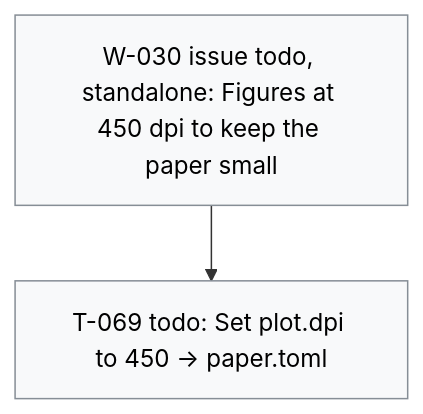
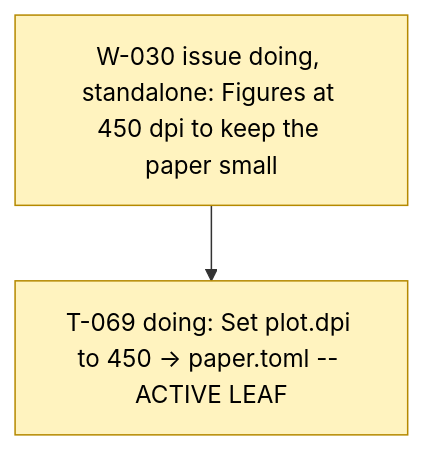
Before and after one commit to dpopchev/surrogate-models: the diagram in .board/BOARD.md, drawn with Mermaid. The commit also changed other lines of this file and 3 other files, not shown here.

First line of the commit message:
build: write the figures at 450 dpi to keep the paper small

````diff
--- a/.board/BOARD.md
+++ b/.board/BOARD.md
@@ -197,11 +197,11 @@
 ```mermaid
 flowchart TD
-  W030["W-030 issue todo, standalone: Figures at 450 dpi to keep the paper small"]
-  W030 --> T069["T-069 todo: Set plot.dpi to 450 -> paper.toml"]
+  W030["W-030 issue doing, standalone: Figures at 450 dpi to keep the paper small"]
+  W030 --> T069["T-069 doing: Set plot.dpi to 450 -> paper.toml -- ACTIVE LEAF"]
   classDef doing fill:#fff3bf,stroke:#b58900,color:#000;
   classDef blocked fill:#ffe3e3,stroke:#c92a2a,color:#000;
   classDef done fill:#e6ffed,stroke:#2b8a3e,color:#000;
   classDef todo fill:#f8f9fa,stroke:#868e96,color:#000;
   classDef pruned fill:#f1f3f5,stroke:#adb5bd,color:#000;
-  class W030,T069 todo
+  class W030,T069 doing
 ```
````
